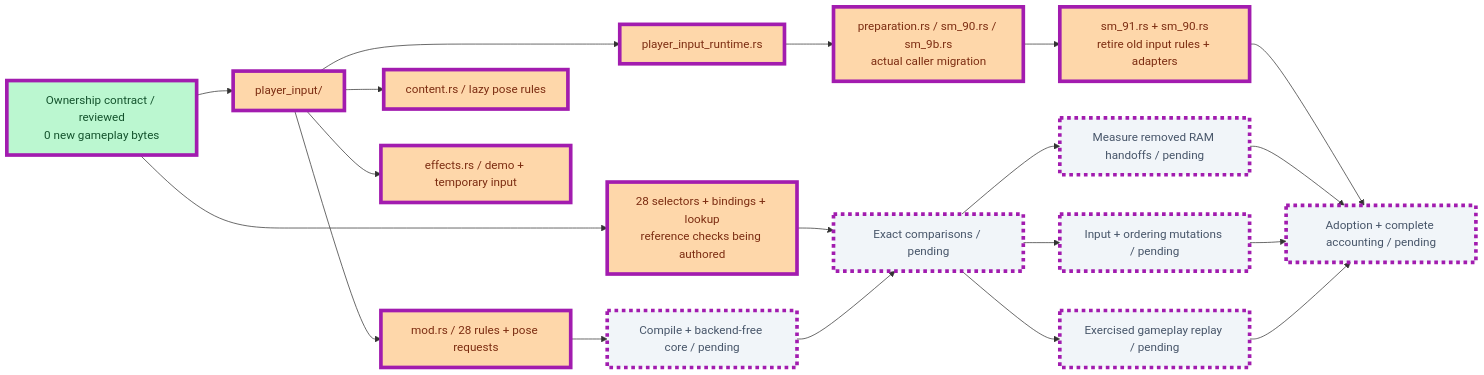
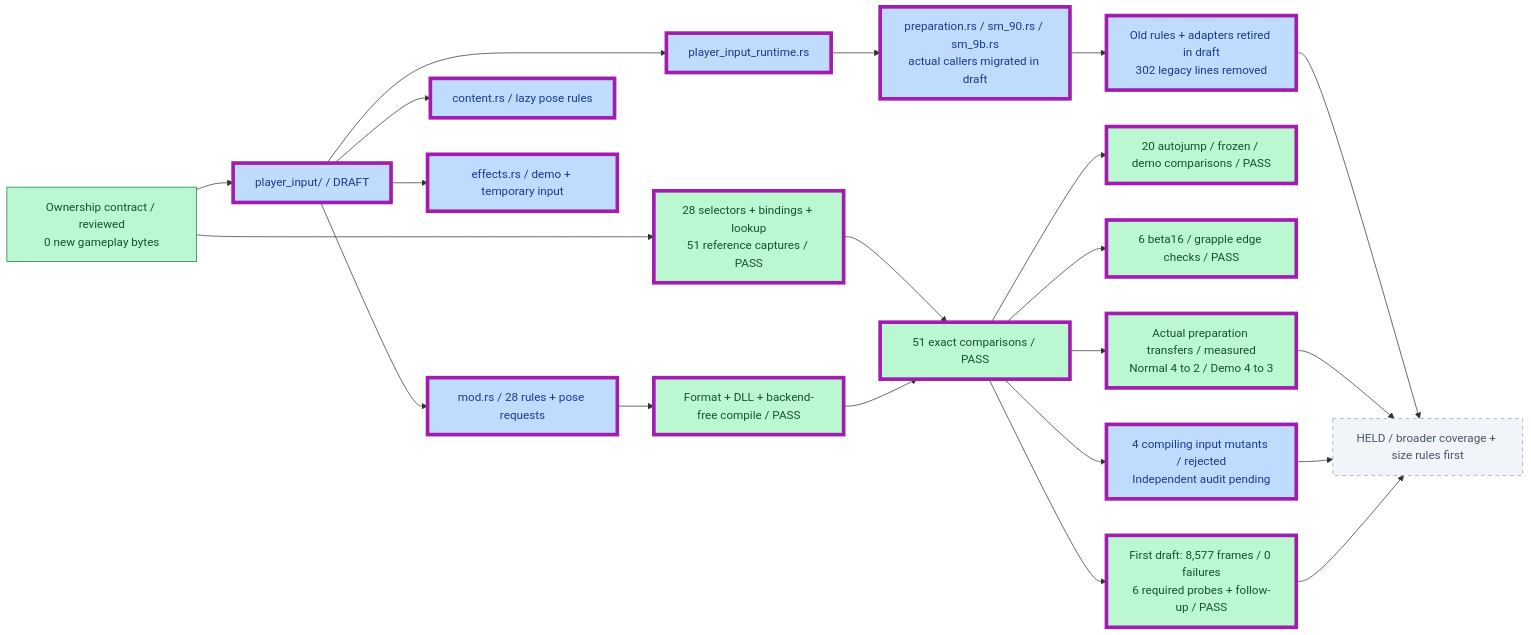
One commit to JimLundin/sm-decomp changed the second of 28 diagrams in PROGRESS.md. Above: the diagram before and after it, drawn with Mermaid. The commit also changed other lines of this file and 1 other file, not shown here.

Commit message:
Show current work, next steps and Map Rando payoff; doc checks pass
Reconcile the progress summary with the external review priorities. Keep the checked input draft distinct from adoption and retain its completed comparison results. The existing four compiling input mutants were rejected; independent audit remains pending.

Verify: summary graph structure, Markdown fences, local plan link and git diff --check pass. tools/progress.sh: 153639 Rust lines, 2375 unsafe functions, unchanged. Documentation only; no gameplay replay or CI observation.

````diff
--- a/PROGRESS.md
+++ b/PROGRESS.md
@@ -26,27 +26,30 @@
 ```mermaid
 flowchart LR
     OWNER["Ownership contract / reviewed<br/>0 new gameplay bytes"]:::done
-    OWNER --> INPUT["player_input/"]:::active
-    INPUT --> RULES["mod.rs / 28 rules + pose requests"]:::active
-    INPUT --> CONTENT["content.rs / lazy pose rules"]:::active
-    INPUT --> EFFECTS["effects.rs / demo + temporary input"]:::active
-    INPUT --> HOST["player_input_runtime.rs"]:::active
-    HOST --> CALLERS["preparation.rs / sm_90.rs / sm_9b.rs<br/>actual caller migration"]:::active
-    CALLERS --> RETIRE["sm_91.rs + sm_90.rs<br/>retire old input rules + adapters"]:::active
-    OWNER --> REFERENCES["28 selectors + bindings + lookup<br/>reference checks being authored"]:::active
-    RULES --> BUILD["Compile + backend-free core / pending"]:::pending
-    REFERENCES --> COMPARE["Exact comparisons / pending"]:::pending
+    OWNER --> INPUT["player_input/ / DRAFT"]:::draft
+    INPUT --> RULES["mod.rs / 28 rules + pose requests"]:::draft
+    INPUT --> CONTENT["content.rs / lazy pose rules"]:::draft
+    INPUT --> EFFECTS["effects.rs / demo + temporary input"]:::draft
+    INPUT --> HOST["player_input_runtime.rs"]:::draft
+    HOST --> CALLERS["preparation.rs / sm_90.rs / sm_9b.rs<br/>actual callers migrated in draft"]:::draft
+    CALLERS --> RETIRE["Old rules + adapters retired in draft<br/>302 legacy lines removed"]:::draft
+    OWNER --> REFERENCES["28 selectors + bindings + lookup<br/>51 reference captures / PASS"]:::done
+    RULES --> BUILD["Format + DLL + backend-free compile / PASS"]:::done
+    REFERENCES --> COMPARE["51 exact comparisons / PASS"]:::done
     BUILD --> COMPARE
-    COMPARE --> TRANSFERS["Measure removed RAM handoffs / pending"]:::pending
-    COMPARE --> MUT["Input + ordering mutations / pending"]:::pending
-    COMPARE --> REPLAY["Exercised gameplay replay / pending"]:::pending
-    RETIRE --> ADOPT["Adoption + complete accounting / pending"]:::pending
+    COMPARE --> MODES["20 autojump / frozen / demo comparisons / PASS"]:::done
+    COMPARE --> EDGES["6 beta16 / grapple edge checks / PASS"]:::done
+    COMPARE --> TRANSFERS["Actual preparation transfers / measured<br/>Normal 4 to 2 / Demo 4 to 3"]:::done
+    COMPARE --> MUT["4 compiling input mutants / rejected<br/>Independent audit pending"]:::draft
+    COMPARE --> REPLAY["First draft: 8,577 frames / 0 failures<br/>6 required probes + follow-up / PASS"]:::done
+    RETIRE --> ADOPT["HELD / broader coverage + size rules first"]:::pending
     TRANSFERS --> ADOPT
     MUT --> ADOPT
     REPLAY --> ADOPT
-    class OWNER,INPUT,RULES,CONTENT,EFFECTS,HOST,CALLERS,RETIRE,REFERENCES,BUILD,COMPARE,TRANSFERS,MUT,REPLAY,ADOPT changed
+    class INPUT,RULES,CONTENT,EFFECTS,HOST,CALLERS,RETIRE,REFERENCES,BUILD,COMPARE,MODES,EDGES,TRANSFERS,MUT,REPLAY changed
     classDef done fill:#bbf7d0,stroke:#15803d,color:#14532d
+    classDef draft fill:#bfdbfe,stroke:#2563eb,color:#1e3a8a
     classDef active fill:#fed7aa,stroke:#ea580c,color:#7c2d12
     classDef pending fill:#f1f5f9,stroke:#94a3b8,color:#475569,stroke-dasharray:5 5
     classDef changed stroke:#a21caf,stroke-width:5px
 ```
````
